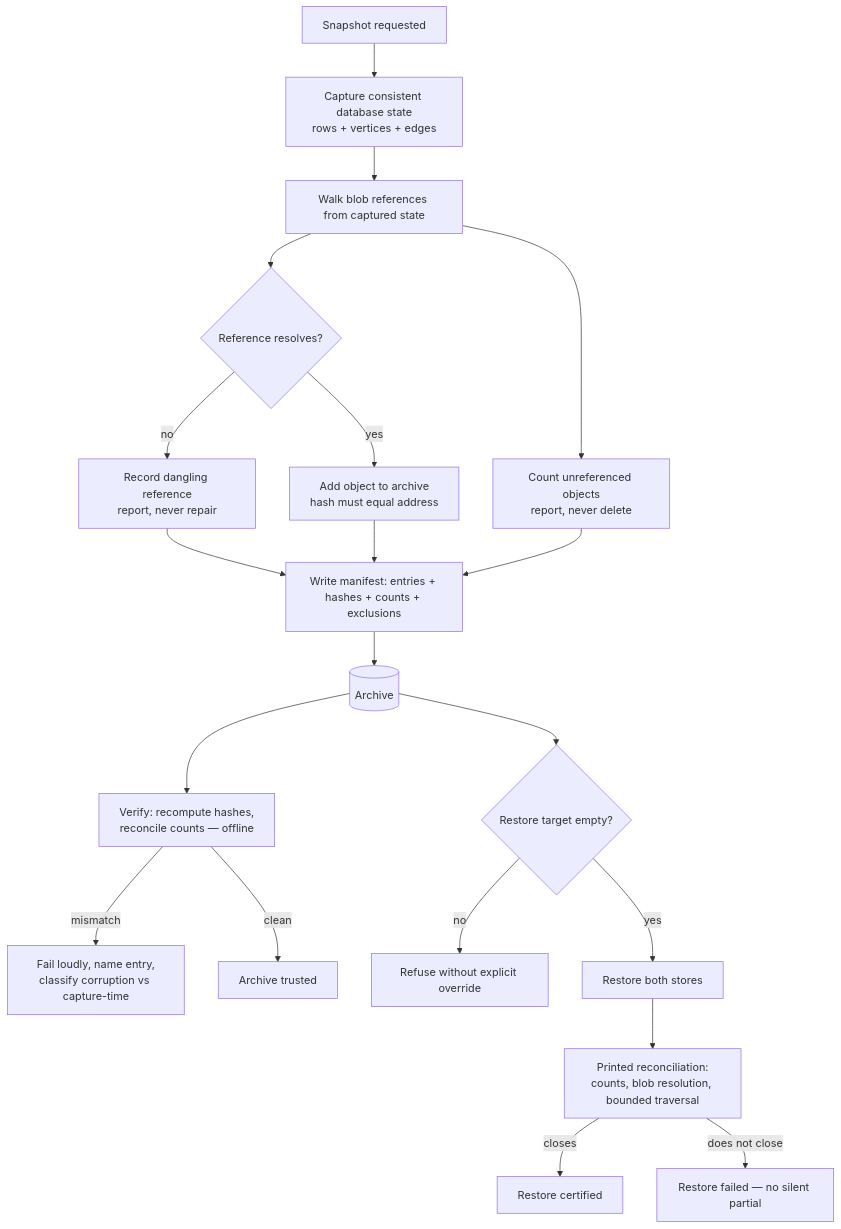
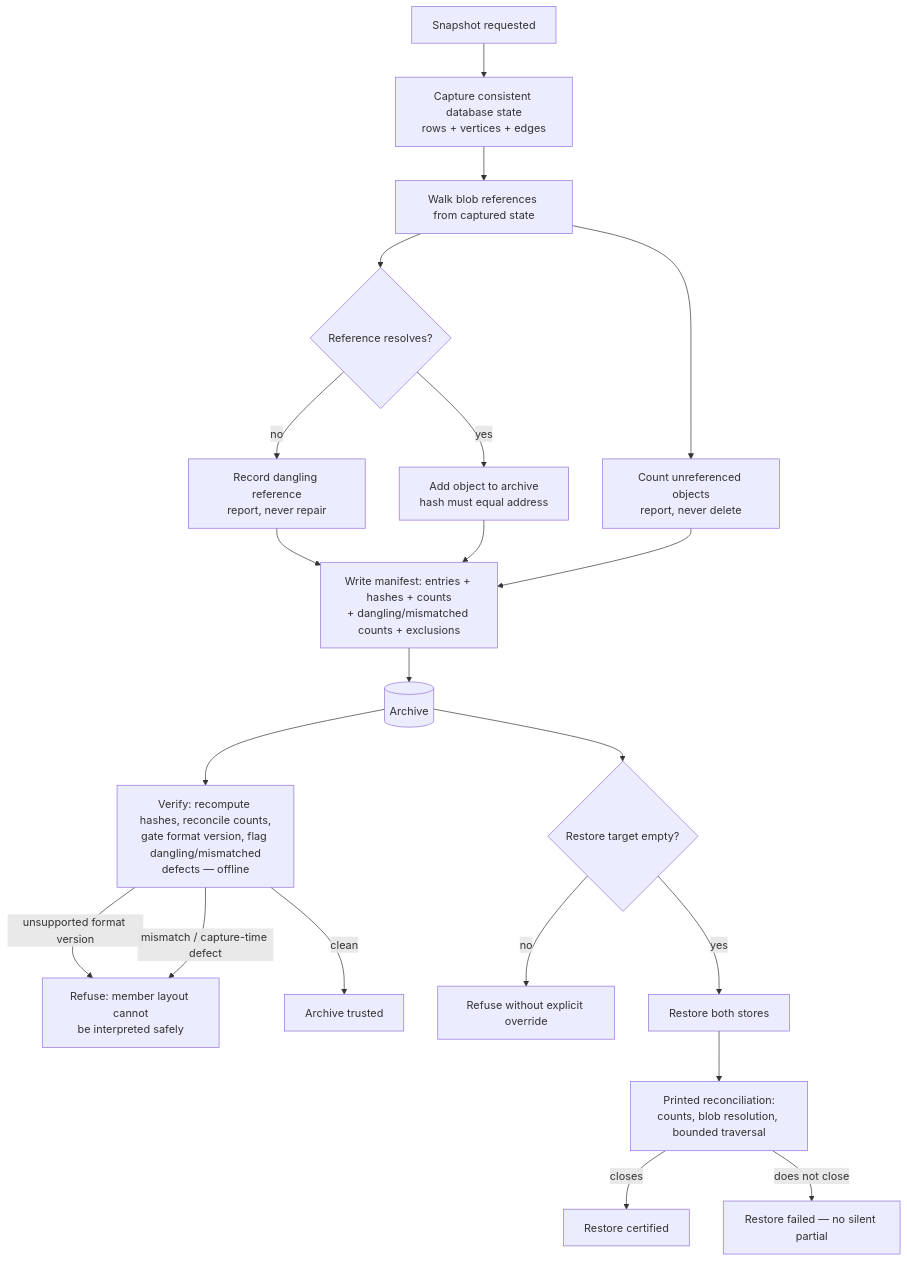
One commit to generic-automation-and-it/smooth-ai-product-context-memory changed the second of 2 diagrams in docs/hlds/006-corpus-snapshot-and-restore/diagrams/c4-context.md. Above: the diagram before and after it, drawn with Mermaid. The commit also changed 41 other files, not shown here.

````diff
--- a/docs/hlds/006-corpus-snapshot-and-restore/diagrams/c4-context.md
+++ b/docs/hlds/006-corpus-snapshot-and-restore/diagrams/c4-context.md
@@ -36,24 +36,25 @@
 ```mermaid
 flowchart TD
     A[Snapshot requested] --> B[Capture consistent database state<br/>rows + vertices + edges]
     B --> C[Walk blob references from captured state]
     C --> D{Reference resolves?}
     D -->|no| E[Record dangling reference<br/>report, never repair]
     D -->|yes| F[Add object to archive<br/>hash must equal address]
     C --> G[Count unreferenced objects<br/>report, never delete]
-    E --> H[Write manifest: entries + hashes + counts + exclusions]
+    E --> H[Write manifest: entries + hashes + counts<br/>+ dangling/mismatched counts + exclusions]
     F --> H
     G --> H
     H --> I[(Archive)]
 
-    I --> J[Verify: recompute hashes,<br/>reconcile counts — offline]
-    J -->|mismatch| K[Fail loudly, name entry,<br/>classify corruption vs capture-time]
+    I --> J[Verify: recompute hashes, reconcile counts,<br/>gate format version, flag dangling/mismatched<br/>defects — offline]
+    J -->|unsupported format version| K[Refuse: member layout cannot<br/>be interpreted safely]
+    J -->|mismatch / capture-time defect| K
     J -->|clean| L[Archive trusted]
 
     I --> M{Restore target empty?}
     M -->|no| N[Refuse without explicit override]
     M -->|yes| O[Restore both stores]
     O --> P[Printed reconciliation:<br/>counts, blob resolution, bounded traversal]
     P -->|closes| Q[Restore certified]
     P -->|does not close| R[Restore failed — no silent partial]
 ```
````
